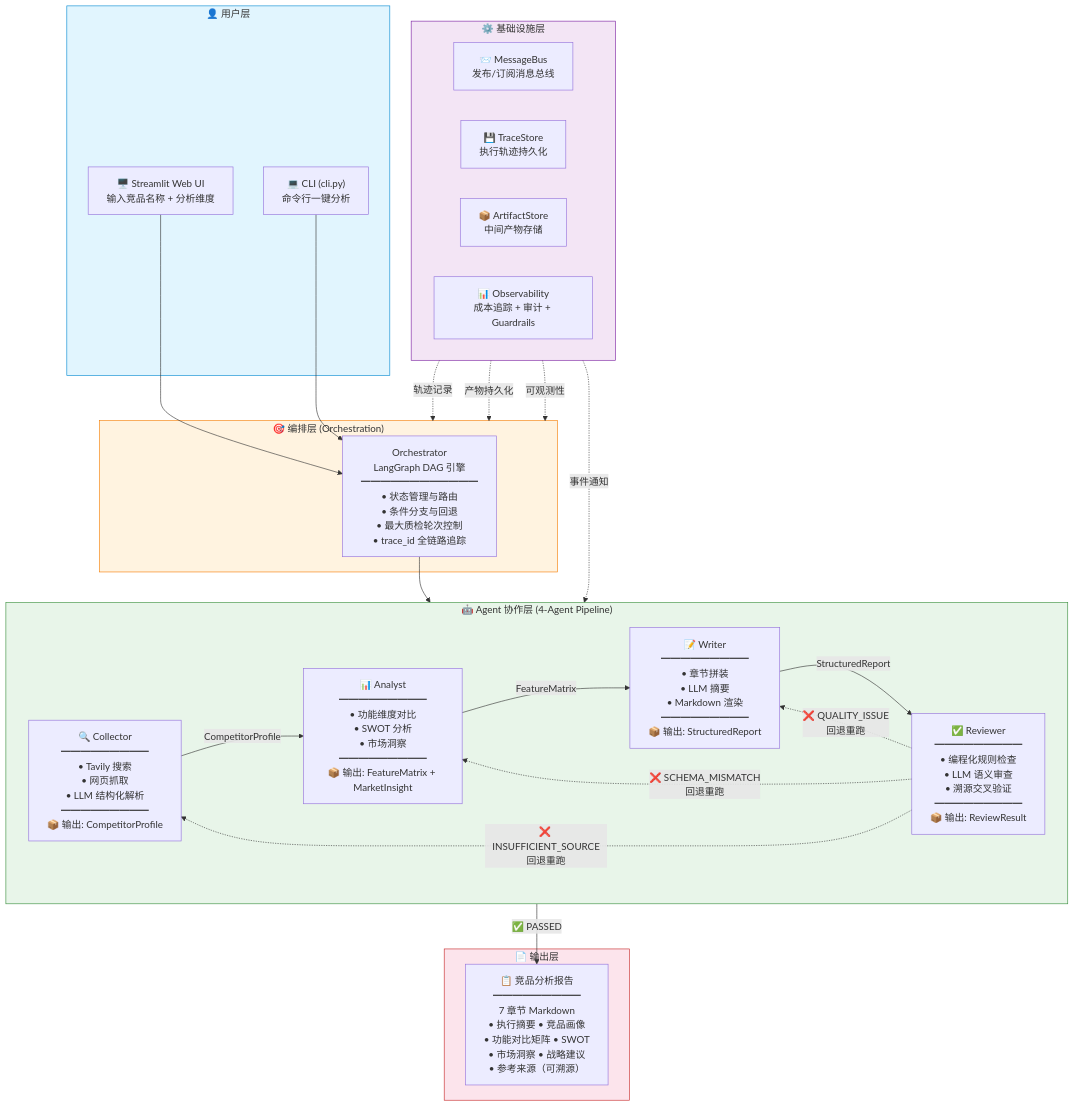
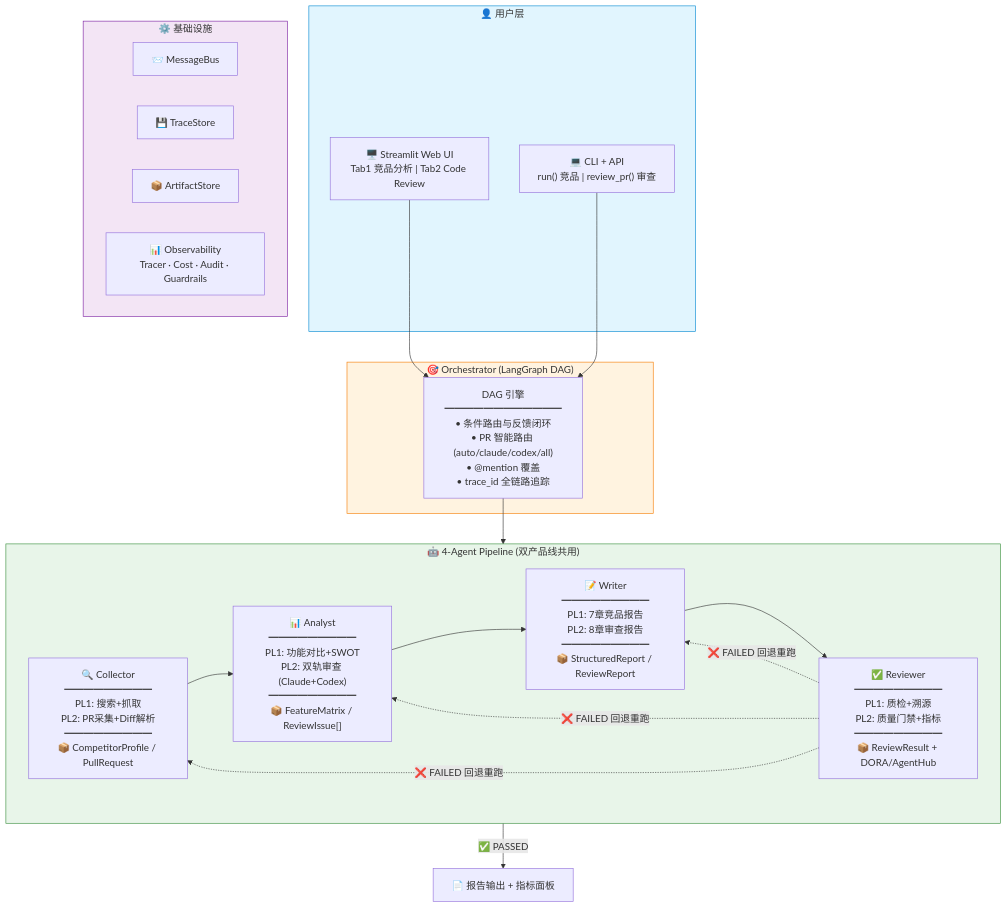
The diagram in README.md (quannie255-star/comprtitor-agent--system), drawn with Mermaid before and after one commit. The commit also changed other lines of this file and 1 other file, not shown here.

````diff
--- a/README.md
+++ b/README.md
@@ -13,53 +20,42 @@
 ```mermaid
 graph TB
     subgraph 用户层["👤 用户层"]
-        UI["🖥️ Streamlit Web UI<br/>输入竞品名称 + 分析维度"]
-        CLI["💻 CLI (cli.py)<br/>命令行一键分析"]
+        UI["🖥️ Streamlit Web UI<br/>Tab1 竞品分析 | Tab2 Code Review"]
+        CLI["💻 CLI + API<br/>run() 竞品 | review_pr() 审查"]
     end
 
-    subgraph 编排层["🎯 编排层 (Orchestration)"]
-        ORCH["Orchestrator<br/>LangGraph DAG 引擎<br/>━━━━━━━━━━━━<br/>• 状态管理与路由<br/>• 条件分支与回退<br/>• 最大质检轮次控制<br/>• trace_id 全链路追踪"]
+    subgraph 编排层["🎯 Orchestrator (LangGraph DAG)"]
+        ORCH["DAG 引擎<br/>━━━━━━━━━━━━<br/>• 条件路由与反馈闭环<br/>• PR 智能路由 (auto/claude/codex/all)<br/>• @mention 覆盖<br/>• trace_id 全链路追踪"]
     end
 
-    subgraph Agent层["🤖 Agent 协作层 (4-Agent Pipeline)"]
+    subgraph Agent层["🤖 4-Agent Pipeline (双产品线共用)"]
         direction LR
-        C["🔍 Collector<br/>━━━━━━━━━<br/>• Tavily 搜索<br/>• 网页抓取<br/>• LLM 结构化解析<br/>━━━━━━━━━<br/>📦 输出: CompetitorProfile"]
-        A["📊 Analyst<br/>━━━━━━━━━<br/>• 功能维度对比<br/>• SWOT 分析<br/>• 市场洞察<br/>━━━━━━━━━<br/>📦 输出: FeatureMatrix + MarketInsight"]
-        W["📝 Writer<br/>━━━━━━━━━<br/>• 章节拼装<br/>• LLM 摘要<br/>• Markdown 渲染<br/>━━━━━━━━━<br/>📦 输出: StructuredReport"]
-        R["✅ Reviewer<br/>━━━━━━━━━<br/>• 编程化规则检查<br/>• LLM 语义审查<br/>• 溯源交叉验证<br/>━━━━━━━━━<br/>📦 输出: ReviewResult"]
+        C["🔍 Collector<br/>━━━━━━━━━<br/>PL1: 搜索+抓取<br/>PL2: PR采集+Diff解析<br/>━━━━━━━━━<br/>📦 CompetitorProfile / PullRequest"]
+        A["📊 Analyst<br/>━━━━━━━━━<br/>PL1: 功能对比+SWOT<br/>PL2: 双轨审查 (Claude+Codex)<br/>━━━━━━━━━<br/>📦 FeatureMatrix / ReviewIssue[]"]
+        W["📝 Writer<br/>━━━━━━━━━<br/>PL1: 7章竞品报告<br/>PL2: 8章审查报告<br/>━━━━━━━━━<br/>📦 StructuredReport / ReviewReport"]
+        R["✅ Reviewer<br/>━━━━━━━━━<br/>PL1: 质检+溯源<br/>PL2: 质量门禁+指标<br/>━━━━━━━━━<br/>📦 ReviewResult + DORA/AgentHub"]
 
-        C -->|"CompetitorProfile"| A
-        A -->|"FeatureMatrix"| W
-        W -->|"StructuredReport"| R
+        C --> A --> W --> R
     end
 
-    subgraph 基础设施层["⚙️ 基础设施层"]
+    subgraph 基础设施["⚙️ 基础设施"]
         direction LR
-        MB["📨 MessageBus<br/>发布/订阅消息总线"]
-        TS["💾 TraceStore<br/>执行轨迹持久化"]
-        AS["📦 ArtifactStore<br/>中间产物存储"]
-        OBS["📊 Observability<br/>成本追踪 + 审计 + Guardrails"]
-    end
-
-    subgraph 输出层["📄 输出层"]
-        OUT["📋 竞品分析报告<br/>━━━━━━━━━<br/>7 章节 Markdown<br/>• 执行摘要 • 竞品画像<br/>• 功能对比矩阵 • SWOT<br/>• 市场洞察 • 战略建议<br/>• 参考来源（可溯源）"]
+        MB["📨 MessageBus"]
+        TS["💾 TraceStore"]
+        AS["📦 ArtifactStore"]
+        OBS["📊 Observability<br/>Tracer · Cost · Audit · Guardrails"]
     end
 
     UI --> ORCH
     CLI --> ORCH
     ORCH --> C
-    R -->|"✅ PASSED"| OUT
-    R -.->|"❌ INSUFFICIENT_SOURCE<br/>回退重跑"| C
-    R -.->|"❌ SCHEMA_MISMATCH<br/>回退重跑"| A
-    R -.->|"❌ QUALITY_ISSUE<br/>回退重跑"| W
-    MB -.->|事件通知| Agent层
-    TS -.->|轨迹记录| 编排层
-    AS -.->|产物持久化| 编排层
-    OBS -.->|可观测性| 编排层
+    R -->|"✅ PASSED"| OUT["📄 报告输出 + 指标面板"]
+    R -.->|"❌ FAILED 回退重跑"| C
+    R -.->|"❌ FAILED 回退重跑"| A
+    R -.->|"❌ FAILED 回退重跑"| W
 
     style 用户层 fill:#e1f5fe,stroke:#0288d1
     style 编排层 fill:#fff3e0,stroke:#f57c00
     style Agent层 fill:#e8f5e9,stroke:#388e3c
-    style 基础设施层 fill:#f3e5f5,stroke:#7b1fa2
-    style 输出层 fill:#fce4ec,stroke:#c62828
+    style 基础设施 fill:#f3e5f5,stroke:#7b1fa2
 ```
````
